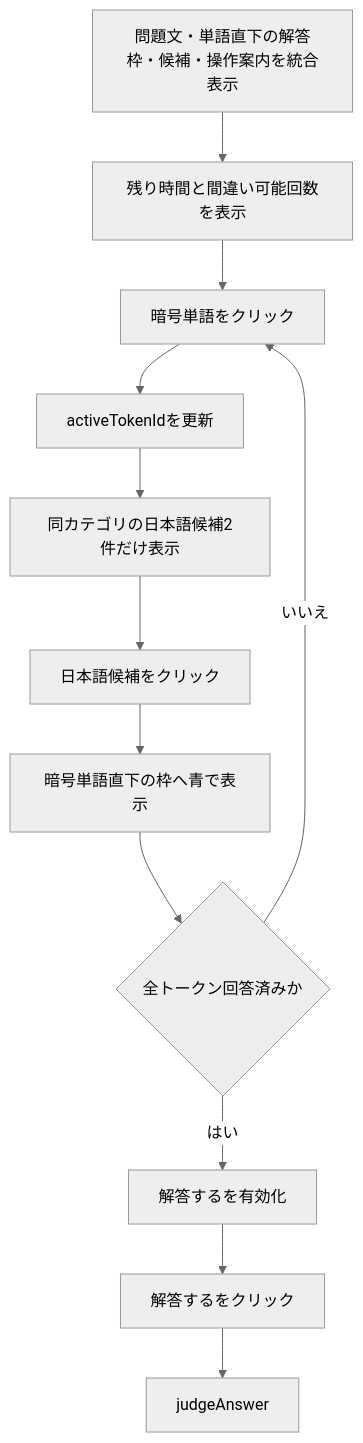
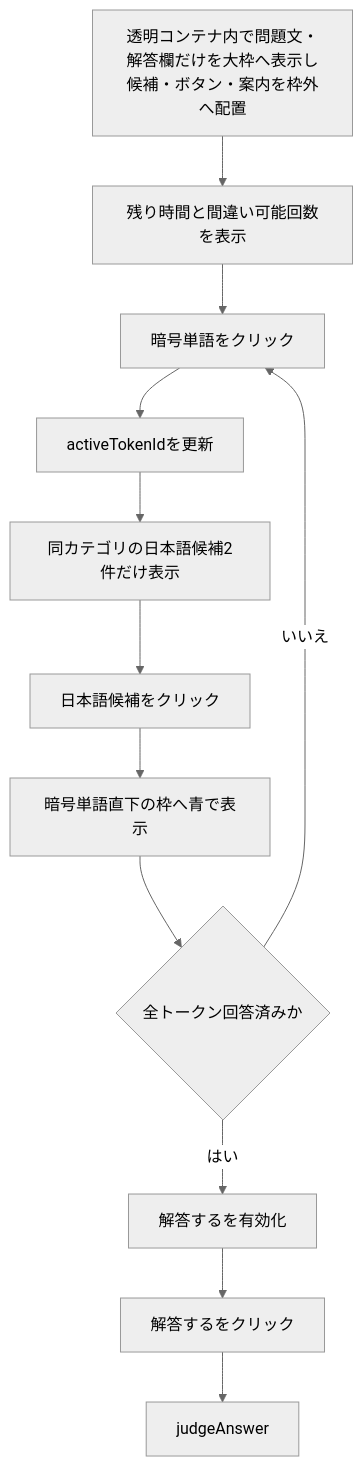
The eighth of 13 diagrams in docs/project-flow.md (lycanthr0pes/language-deciphering-game), drawn with Mermaid (neutral theme) before and after one commit. The commit also changed other lines of this file and 58 other files, not shown here.

````diff
--- a/docs/project-flow.md
+++ b/docs/project-flow.md
@@ -179,14 +189,14 @@
 ```mermaid
 flowchart TD
-    A[問題文・単語直下の解答枠・候補・操作案内を統合表示] --> B[残り時間と間違い可能回数を表示]
+    A[透明コンテナ内で問題文・解答欄だけを大枠へ表示し候補・ボタン・案内を枠外へ配置] --> B[残り時間と間違い可能回数を表示]
     B --> C[暗号単語をクリック]
     C --> D[activeTokenIdを更新]
     D --> E[同カテゴリの日本語候補2件だけ表示]
     E --> F[日本語候補をクリック]
     F --> G[暗号単語直下の枠へ青で表示]
     G --> H{全トークン回答済みか}
     H -->|いいえ| C
     H -->|はい| I[解答するを有効化]
     I --> J[解答するをクリック]
     J --> K[judgeAnswer]
 ```
````
